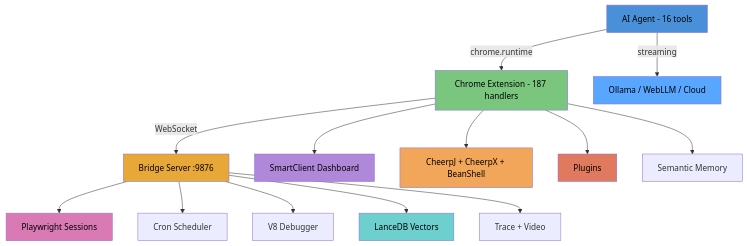
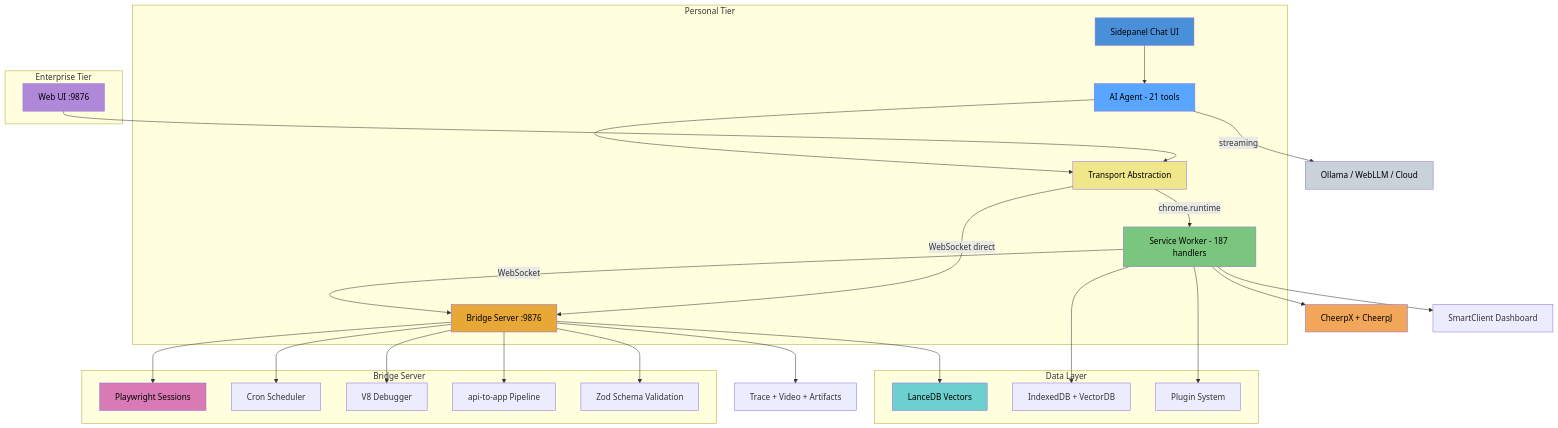
One commit to bigale/agentidev changed the first of 4 diagrams in README.md. Above: the diagram before and after it, drawn with Mermaid. The commit also changed other lines of this file and 1 other file, not shown here.

First line of the commit message:
Update README and convergence doc with architecture diagrams

````diff
--- a/README.md
+++ b/README.md
@@ -57,25 +13,44 @@
 ```mermaid
-graph TD
-    style Agent fill:#4A90D9,color:black
+graph TB
+    style UI fill:#4A90D9,color:black
+    style Agent fill:#58A6FF,color:black
+    style Transport fill:#F0E68C,color:black
+    style SW fill:#7BC67E,color:black
     style Bridge fill:#E8A838,color:black
-    style Ext fill:#7BC67E,color:black
     style PW fill:#D97AB5,color:black
-    style SC fill:#B088D9,color:black
-    style Vec fill:#6ECFCF,color:black
+    style Data fill:#6ECFCF,color:black
     style Runtimes fill:#F2A65A,color:black
-    style Plugins fill:#E07A5F,color:black
-    style LLM fill:#58A6FF,color:black
+    style WebUI fill:#B088D9,color:black
+    style LLM fill:#C9D1D9,color:black
 
-    Agent[AI Agent - 16 tools] -->|chrome.runtime| Ext[Chrome Extension - 187 handlers]
+    subgraph Personal Tier
+        UI[Sidepanel Chat UI] --> Agent[AI Agent - 21 tools]
+        Agent --> Transport[Transport Abstraction]
+        Transport -->|chrome.runtime| SW[Service Worker - 187 handlers]
+        SW -->|WebSocket| Bridge
+    end
+
+    subgraph Enterprise Tier
+        WebUI[Web UI :9876] --> Transport
+        Transport -->|WebSocket direct| Bridge
+    end
+
+    subgraph Bridge Server
+        Bridge[Bridge Server :9876] --> PW[Playwright Sessions]
+        Bridge --> Sched[Cron Scheduler]
+        Bridge --> Debug[V8 Debugger]
+        Bridge --> ApiApp[api-to-app Pipeline]
+        Bridge --> Zod[Zod Schema Validation]
+    end
+
+    subgraph Data Layer
+        Bridge --> Data[LanceDB Vectors]
+        SW --> IDB[IndexedDB + VectorDB]
+        SW --> Plugins[Plugin System]
+    end
+
     Agent -->|streaming| LLM[Ollama / WebLLM / Cloud]
-    Ext -->|WebSocket| Bridge[Bridge Server :9876]
-    Bridge --> PW[Playwright Sessions]
-    Bridge --> Sched[Cron Scheduler]
-    Bridge --> Debug[V8 Debugger]
-    Bridge --> Vec[LanceDB Vectors]
-    Bridge --> Trace[Trace + Video]
-    Ext --> SM[Semantic Memory]
-    Ext --> SC[SmartClient Dashboard]
-    Ext --> Plugins[Plugins]
-    Ext --> Runtimes[CheerpJ + CheerpX + BeanShell]
+    SW --> Runtimes[CheerpX + CheerpJ]
+    Bridge --> Trace[Trace + Video + Artifacts]
+    SW --> SC[SmartClient Dashboard]
 ```
````
